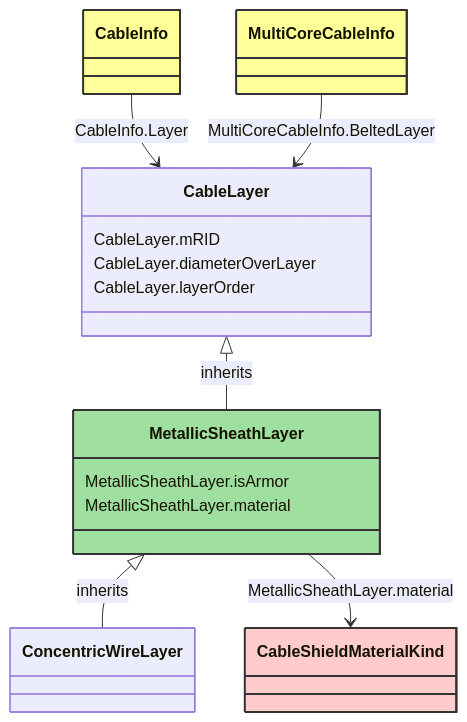
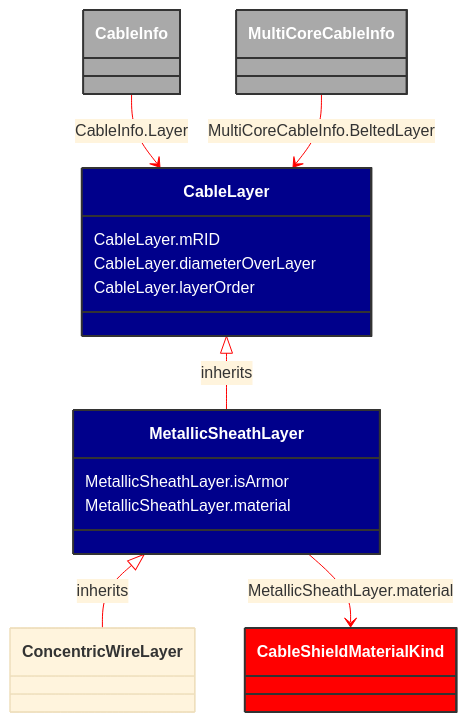
Before and after one commit to 3lbits/NoCIMExtensions: the diagram in docs/Models/Profiles/SubseaCableInfo/ConcreteClasses/MetallicSheathLayer.md, drawn with Mermaid. The commit also changed 58 other files, not shown here.

````diff
--- a/docs/Models/Profiles/SubseaCableInfo/ConcreteClasses/MetallicSheathLayer.md
+++ b/docs/Models/Profiles/SubseaCableInfo/ConcreteClasses/MetallicSheathLayer.md
@@ -8,43 +8,44 @@
 ```mermaid
+%%{init: {'theme':'base','themeVariables': {'lineColor': '#FF0000'}}}%%
 classDiagram
     class MetallicSheathLayer
     click MetallicSheathLayer href "/Models/Profiles/SubseaCableInfo/ConcreteClasses/MetallicSheathLayer/"
-    style MetallicSheathLayer fill:#9fdf9f,stroke:#333,stroke-width:2px,rx:10,ry:10
+    style MetallicSheathLayer fill:#006400,stroke:#333,stroke-width:2px,rx:10,ry:10,color:white
 
         MetallicSheathLayer <|-- ConcentricWireLayer : inherits
             click MetallicSheathLayer href "/Models/Profiles/SubseaCableInfo/ConcreteClasses/MetallicSheathLayer/"
-            style MetallicSheathLayer rx:10,ry:10
+            style MetallicSheathLayer fill:#00008B,stroke:#333,stroke-width:2px,rx:10,ry:10,color:white
 
         ConcentricWireLayer
             click ConcentricWireLayer href "/Models/Profiles/SubseaCableInfo/ConcreteClasses/ConcentricWireLayer/"
-            style ConcentricWireLayer rx:10,ry:10
+            style MetallicSheathLayer fill:#00008B,stroke:#333,stroke-width:2px,rx:10,ry:10,color:white
 
         CableLayer <|-- MetallicSheathLayer : inherits
             click CableLayer href "/Models/Profiles/SubseaCableInfo/AbstractClasses/CableLayer/"
-            style CableLayer rx:10,ry:10
+            style CableLayer fill:#00008B,stroke:#333,stroke-width:2px,rx:10,ry:10,color:white
 
 
         CableInfo --> CableLayer : CableInfo.Layer
 
         CableInfo
             click CableInfo href "/Models/Profiles/SubseaCableInfo/ConcreteClasses/CableInfo/"
-            style CableInfo fill:#ffff99,stroke:#333,stroke-width:2px,rx:10,ry:10
+            style CableInfo fill:#A9A9A9,stroke:#333,stroke-width:2px,rx:10,ry:10,color:white
 
         MultiCoreCableInfo --> CableLayer : MultiCoreCableInfo.BeltedLayer
 
         MultiCoreCableInfo
             click MultiCoreCableInfo href "/Models/Profiles/SubseaCableInfo/ConcreteClasses/MultiCoreCableInfo/"
-            style MultiCoreCableInfo fill:#ffff99,stroke:#333,stroke-width:2px,rx:10,ry:10
+            style MultiCoreCableInfo fill:#A9A9A9,stroke:#333,stroke-width:2px,rx:10,ry:10,color:white
 
         MetallicSheathLayer --> CableShieldMaterialKind : MetallicSheathLayer.material
 
         CableShieldMaterialKind
             click CableShieldMaterialKind href "/Models/Profiles/SubseaCableInfo/Enumerations/CableShieldMaterialKind/"
-            style CableShieldMaterialKind fill:#FFCCCB,stroke:#333,stroke-width:2px,rx:10,ry:10
+            style CableShieldMaterialKind fill:#FF0000,stroke:#333,stroke-width:2px,rx:10,ry:10,color:white
 
         MetallicSheathLayer : MetallicSheathLayer.isArmor
         MetallicSheathLayer : MetallicSheathLayer.material
         CableLayer : CableLayer.mRID
         CableLayer : CableLayer.diameterOverLayer
         CableLayer : CableLayer.layerOrder
 ```
````
